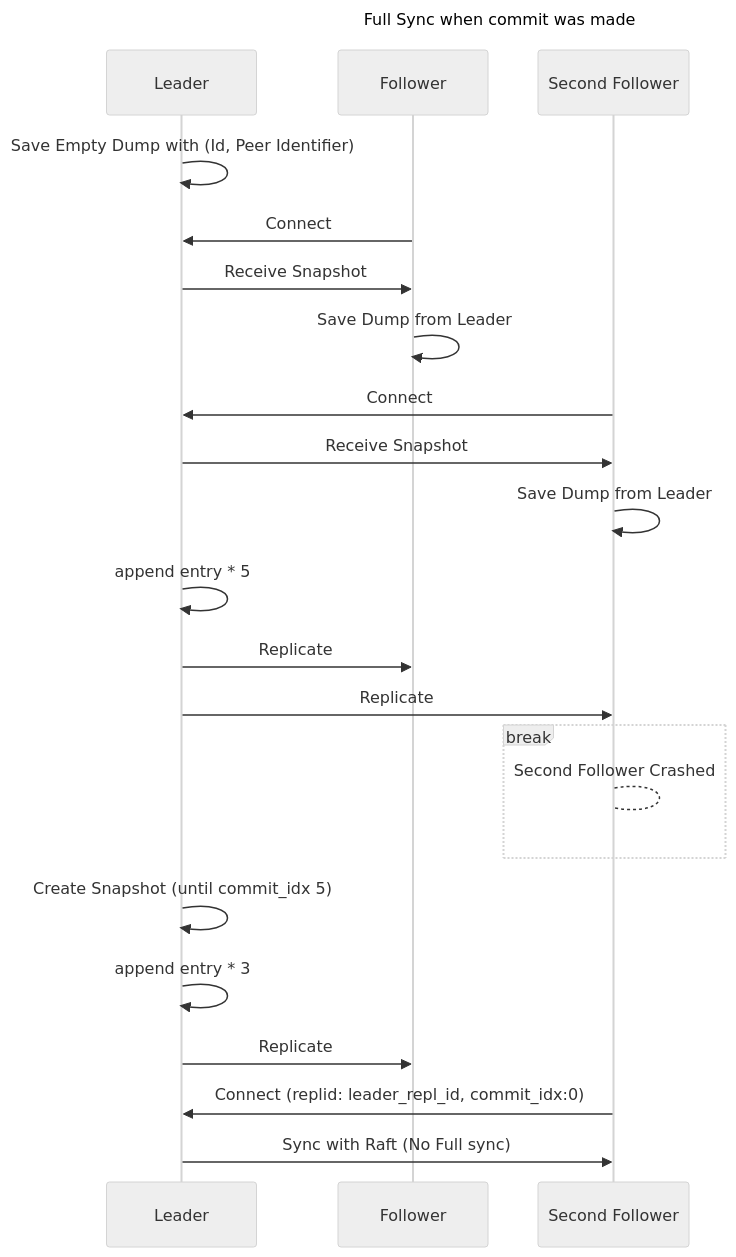
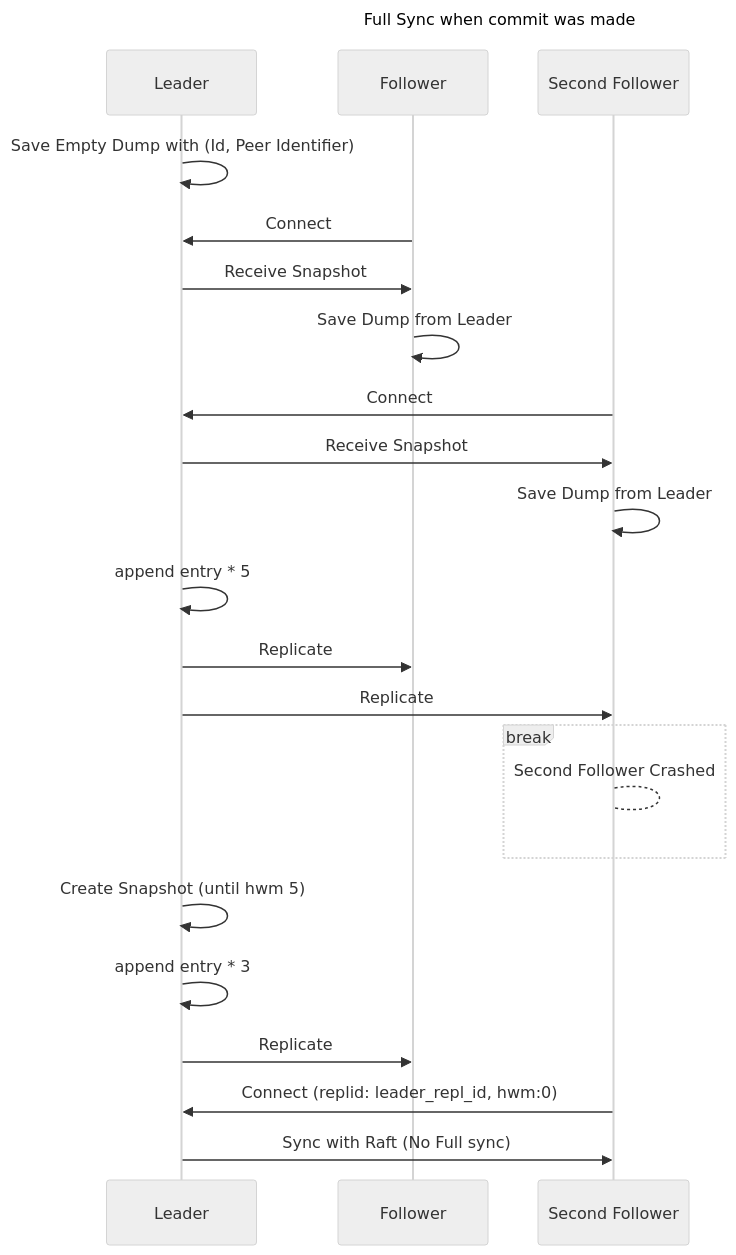
Before and after one commit to Migorithm/duva: the diagram in diagrams/full_sync_when_commit_was_made.mmd, drawn with Mermaid (neutral theme). The commit also changed 13 other files, not shown here.

Commit message:
rename: commit idx to high water mark

```diff
--- a/diagrams/full_sync_when_commit_was_made.mmd
+++ b/diagrams/full_sync_when_commit_was_made.mmd
@@ -1,26 +1,26 @@
 ---
 title: Full Sync when commit was made
 ---
 sequenceDiagram
     participant L as Leader
     participant F as Follower
     participant SF as Second Follower
     L ->> L: Save Empty Dump with (Id, Peer Identifier)
     F ->> L: Connect
     L ->> F: Receive Snapshot
     F ->> F: Save Dump from Leader
     SF ->> L: Connect
     L ->> SF: Receive Snapshot
     SF ->> SF: Save Dump from Leader
     L ->> L: append entry * 5
     L ->> F: Replicate
     L ->> SF: Replicate
     break
         SF --> SF: Second Follower Crashed
     end
-    L ->> L: Create Snapshot (until commit_idx 5)
+    L ->> L: Create Snapshot (until hwm 5)
     L ->> L: append entry * 3
     L ->> F: Replicate
 
-    SF ->> L: Connect (replid: leader_repl_id, commit_idx:0)
+    SF ->> L: Connect (replid: leader_repl_id, hwm:0)
     L ->> SF: Sync with Raft (No Full sync)
```
